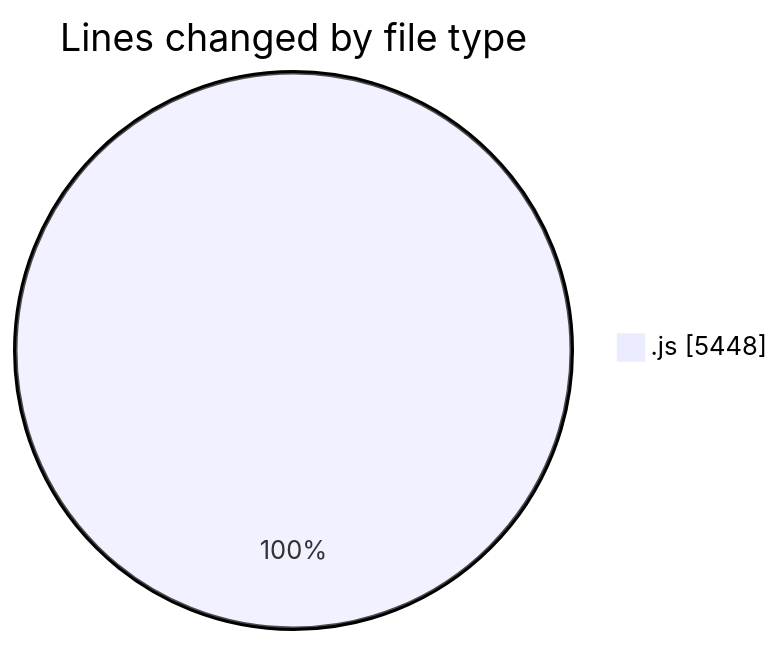
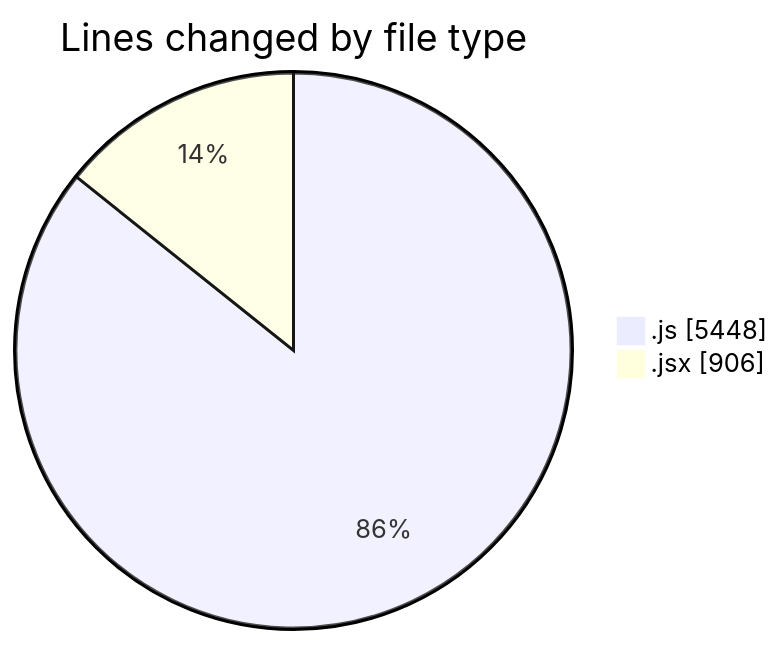
The first of 2 diagrams in 2025-09-26/nxtqube_webapp/README.md (nxtqubesakshisongat/code-tracking), drawn with Mermaid before and after one commit. The commit also changed other lines of this file and 1 other file, not shown here.

````diff
--- a/2025-09-26/nxtqube_webapp/README.md
+++ b/2025-09-26/nxtqube_webapp/README.md
@@ -21,5 +22,6 @@
 ```mermaid
 pie showData
 title Lines changed by file type
 ".js" : 5448
+".jsx" : 906
 ```
````
